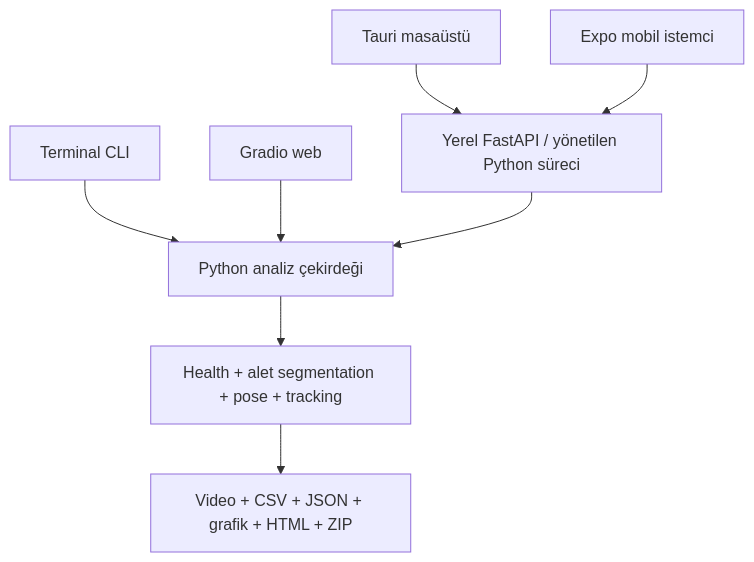
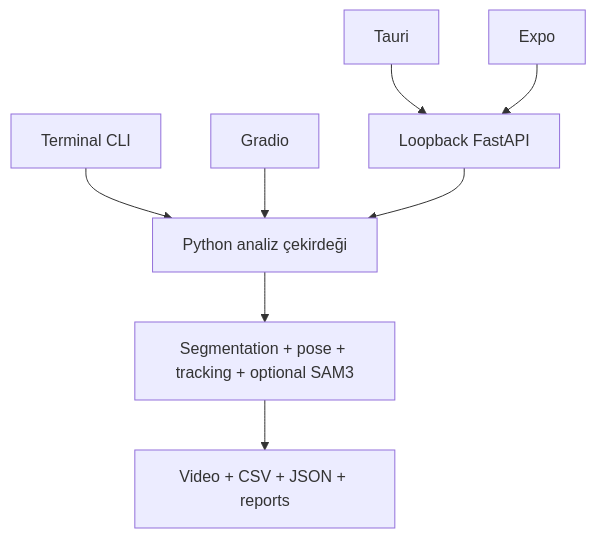
One commit to ahmetkiyran/surgery-instrument-instance-segmentation-v1 changed the diagram in README.md. Above: the diagram before and after it, drawn with Mermaid. The commit also changed other lines of this file and 101 other files, not shown here.

````diff
--- a/README.md
+++ b/README.md
@@ -73,10 +34,10 @@
 ```mermaid
 flowchart TD
     CLI["Terminal CLI"] --> CORE["Python analiz çekirdeği"]
-    WEB["Gradio web"] --> CORE
-    DESKTOP["Tauri masaüstü"] --> API["Yerel FastAPI / yönetilen Python süreci"]
-    MOBILE["Expo mobil istemci"] --> API
+    WEB["Gradio"] --> CORE
+    DESKTOP["Tauri"] --> API["Loopback FastAPI"]
+    MOBILE["Expo"] --> API
     API --> CORE
-    CORE --> MODELS["Health + alet segmentation + pose + tracking"]
-    MODELS --> OUTPUTS["Video + CSV + JSON + grafik + HTML + ZIP"]
+    CORE --> MODELS["Segmentation + pose + tracking + optional SAM3"]
+    MODELS --> OUT["Video + CSV + JSON + reports"]
 ```
````
